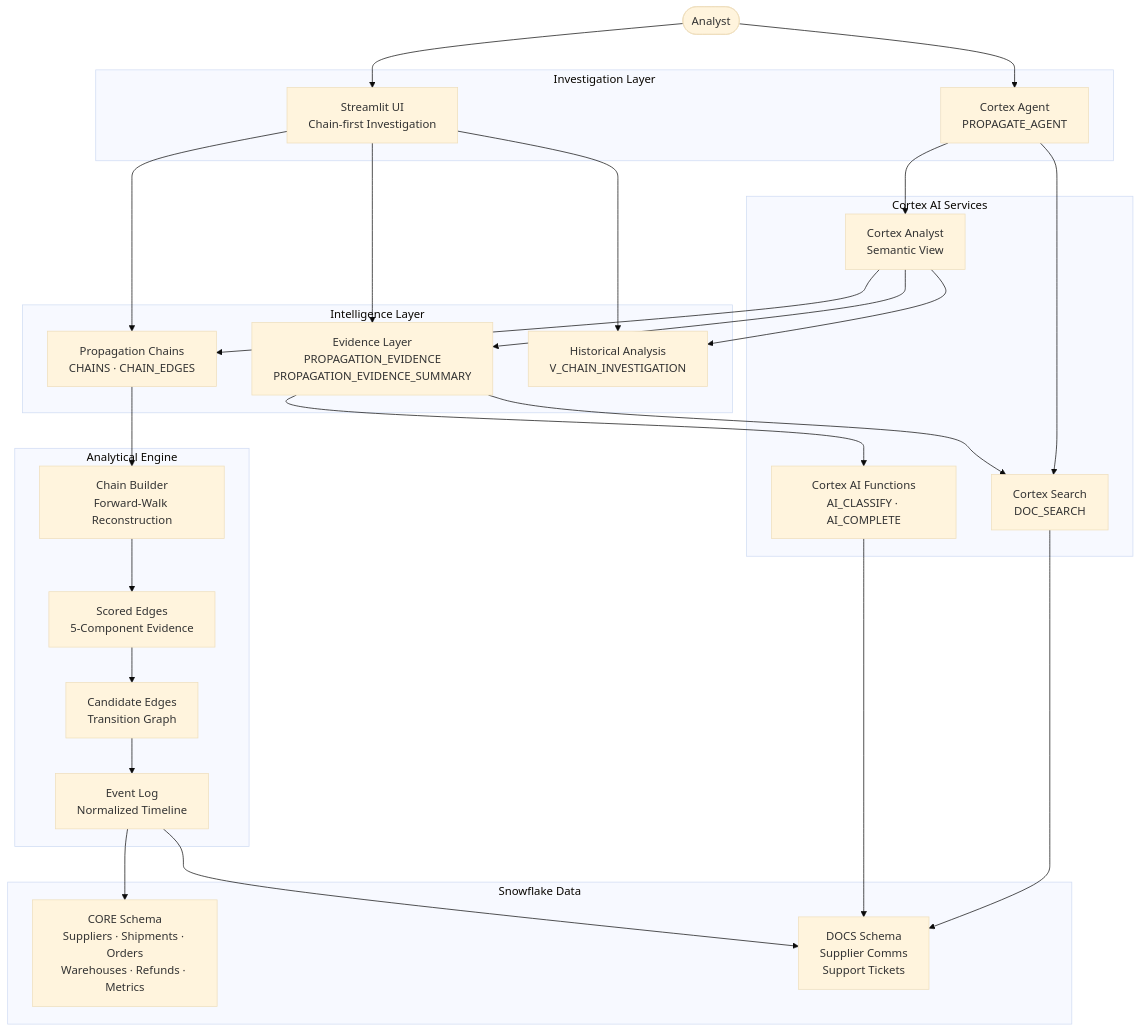
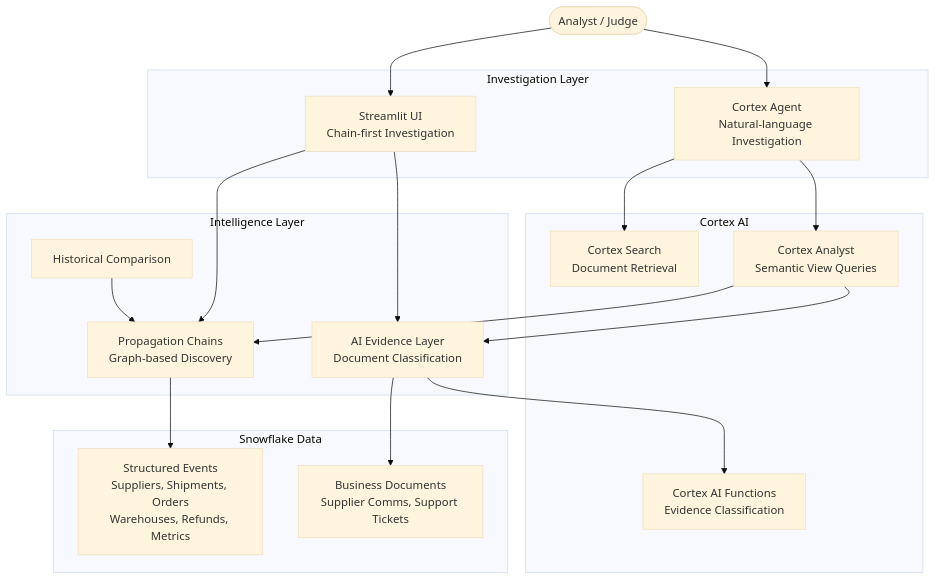
The diagram in README.md (Srushti-9/propagate-snowflake-coco), drawn with Mermaid (base theme) before and after one commit. The commit also changed other lines of this file, not shown here.

First line of the commit message:
docs: final judge-ready README for hackathon submission

````diff
--- a/README.md
+++ b/README.md
@@ -91,52 +196,39 @@
 ```mermaid
 graph TB
-    User([Analyst])
+    User([Analyst / Judge])
 
     subgraph "Investigation Layer"
         SUI[Streamlit UI<br/>Chain-first Investigation]
-        AGT[Cortex Agent<br/>PROPAGATE_AGENT]
+        AGT[Cortex Agent<br/>Natural-language Investigation]
     end
 
     subgraph "Intelligence Layer"
-        CHN[Propagation Chains<br/>CHAINS · CHAIN_EDGES]
-        EVD[Evidence Layer<br/>PROPAGATION_EVIDENCE<br/>PROPAGATION_EVIDENCE_SUMMARY]
-        HST[Historical Analysis<br/>V_CHAIN_INVESTIGATION]
+        CHN[Propagation Chains<br/>Graph-based Discovery]
+        EVD[AI Evidence Layer<br/>Document Classification]
+        HST[Historical Comparison]
     end
 
-    subgraph "Cortex AI Services"
-        CSS[Cortex Search<br/>DOC_SEARCH]
-        CAI[Cortex AI Functions<br/>AI_CLASSIFY · AI_COMPLETE]
-        CAN[Cortex Analyst<br/>Semantic View]
-    end
-
-    subgraph "Analytical Engine"
-        EL[Event Log<br/>Normalized Timeline]
-        CE[Candidate Edges<br/>Transition Graph]
-        SE[Scored Edges<br/>5-Component Evidence]
-        CB[Chain Builder<br/>Forward-Walk Reconstruction]
+    subgraph "Cortex AI"
+        CSS[Cortex Search<br/>Document Retrieval]
+        CAI[Cortex AI Functions<br/>Evidence Classification]
+        CAN[Cortex Analyst<br/>Semantic View Queries]
     end
 
     subgraph "Snowflake Data"
-        CORE[CORE Schema<br/>Suppliers · Shipments · Orders<br/>Warehouses · Refunds · Metrics]
-        DOCS[DOCS Schema<br/>Supplier Comms<br/>Support Tickets]
+        CORE[Structured Events<br/>Suppliers, Shipments, Orders<br/>Warehouses, Refunds, Metrics]
+        DOCS[Business Documents<br/>Supplier Comms, Support Tickets]
     end
 
     User --> SUI
     User --> AGT
+    AGT --> CAN
+    AGT --> CSS
     SUI --> CHN
     SUI --> EVD
-    SUI --> HST
-    AGT --> CAN
-    AGT --> CSS
+    CHN --> CORE
+    EVD --> CAI
+    EVD --> DOCS
+    HST --> CHN
     CAN --> CHN
     CAN --> EVD
-    CAN --> HST
-    CHN --> CB
-    EVD --> CAI
-    EVD --> CSS
-    CB --> SE --> CE --> EL
-    EL --> CORE
-    EL --> DOCS
-    CAI --> DOCS
-    CSS --> DOCS
 ```
````
